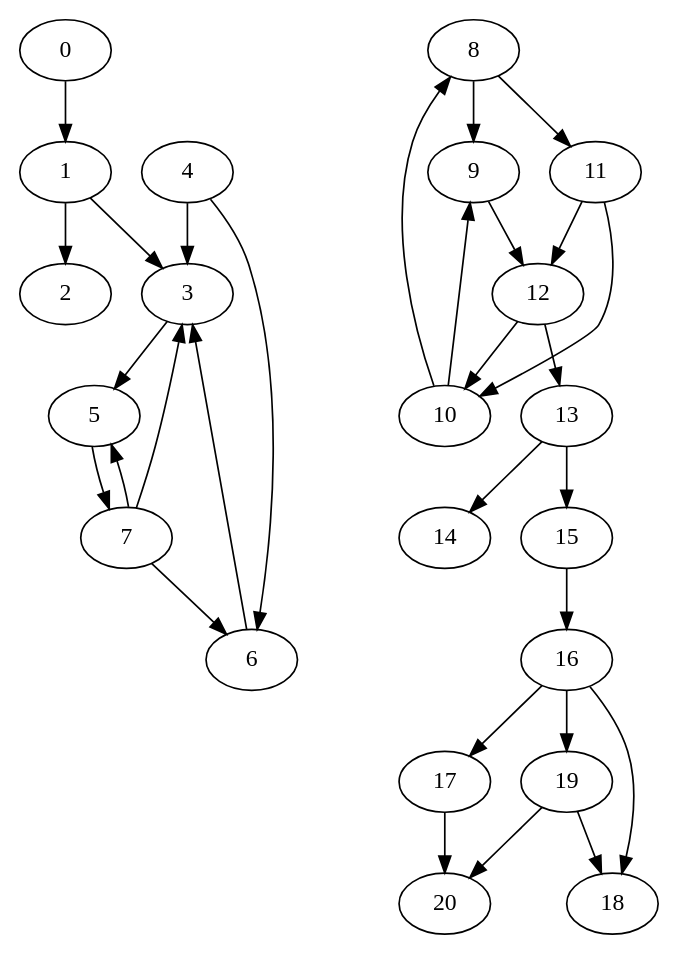
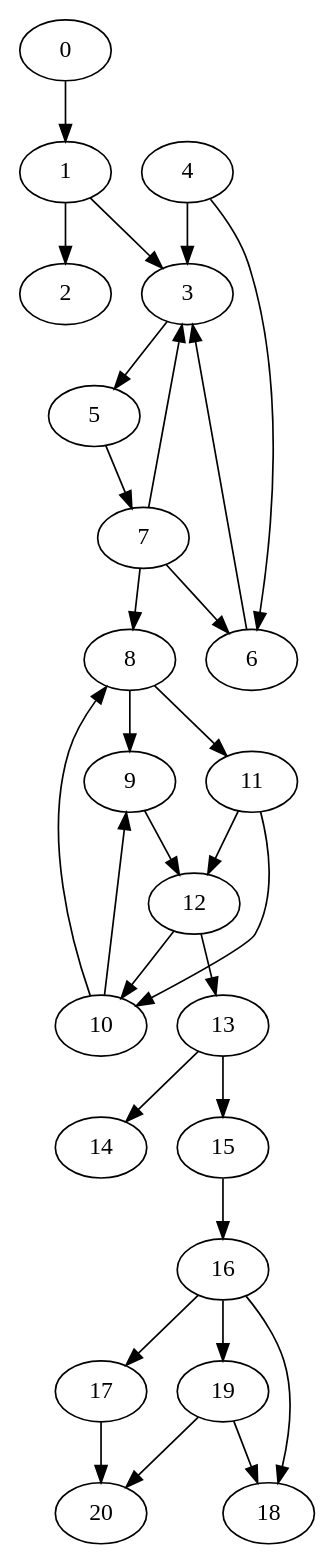
Before and after one commit to sleeepyskies/saarvive-selab23: the diagram in src/systemtest/resources/mapFiles/complexScenario1.dot, drawn with Graphviz.

```diff
--- a/src/systemtest/resources/mapFiles/complexScenario1.dot
+++ b/src/systemtest/resources/mapFiles/complexScenario1.dot
@@ -1,57 +1,57 @@
 digraph G {
 	0;
 	1;
 	2;
 	3;
 	4;
 	5;
 	6;
 	7;
 	8;
 	9;
 	10;
 	11;
 	12;
 	13;
 	14;
 	15;
 	16;
 	17;
 	18;
 	19;
 	20;
 
 	0 -> 1 [village=Berlin; name=Church_Lane; heightLimit=5; weight=10; primaryType=sideStreet; secondaryType=none;];
 	1 -> 2 [village=Berlin; name=Post_Road; heightLimit=5; weight=10; primaryType=sideStreet; secondaryType=none;];
 	1 -> 3 [village=Berlin; name=School_Lane; heightLimit=5; weight=10; primaryType=sideStreet; secondaryType=none;];
 	3 -> 5 [village=Berlin; name=Pine_Way; heightLimit=5; weight=10; primaryType=sideStreet; secondaryType=none;];
 	4 -> 3 [village=Berlin; name=Railway_Station_Road; heightLimit=4; weight=10; primaryType=mainStreet; secondaryType=none;];
 	4 -> 6 [village=Berlin; name=On_the_Slope; heightLimit=3; weight=5; primaryType=mainStreet; secondaryType=none;];
 	5 -> 7 [village=Berlin; name=Post_Office_Street; heightLimit=5; weight=15; primaryType=sideStreet; secondaryType=none;];
 	6 -> 3 [village=Berlin; name=Market_Street; heightLimit=4; weight=10; primaryType=mainStreet; secondaryType=none;];
 	7 -> 3 [village=Berlin; name=Cemetery_Lane; heightLimit=3; weight=15; primaryType=sideStreet; secondaryType=tunnel;];
 	7 -> 6 [village=Berlin; name=Linden_Avenue; heightLimit=5; weight=5; primaryType=sideStreet; secondaryType=oneWayStreet;];
 
 	8 -> 9 [village=Hamburg; name=Town_Hall_Square; heightLimit=5; weight=15; primaryType=sideStreet; secondaryType=none;];
 	8 -> 11 [village=Hamburg; name=Ash_Way; heightLimit=5; weight=5; primaryType=sideStreet; secondaryType=none;];
 	9 -> 12 [village=Hamburg; name=Market_Street; heightLimit=2; weight=15; primaryType=sideStreet; secondaryType=tunnel;];
 	10 -> 9 [village=Hamburg; name=Birch_Way; heightLimit=5; weight=5; primaryType=mainStreet; secondaryType=none;];
 	10 -> 8 [village=Hamburg; name=Rose_Street; heightLimit=4; weight=5; primaryType=sideStreet; secondaryType=oneWayStreet;];
 	11 -> 12 [village=Hamburg; name=Linden_Avenue; heightLimit=5; weight=15; primaryType=sideStreet; secondaryType=none;];
 	11 -> 10 [village=Hamburg; name=By_the_Stream; heightLimit=5; weight=5; primaryType=mainStreet; secondaryType=none;];
 	12 -> 10 [village=Hamburg; name=Village_Square; heightLimit=4; weight=10; primaryType=sideStreet; secondaryType=oneWayStreet;];
 
 	13 -> 14 [village=Saarbruecken; name=Valley_Road; heightLimit=4; weight=5; primaryType=mainStreet; secondaryType=none;];
 
 	15 -> 16 [village=Kiel; name=Schiller_Square; heightLimit=5; weight=10; primaryType=sideStreet; secondaryType=none;];
 	16 -> 17 [village=Kiel; name=Church_Lane; heightLimit=5; weight=5; primaryType=sideStreet; secondaryType=none;];
 	16 -> 19 [village=Kiel; name=Rose_Street; heightLimit=5; weight=15; primaryType=mainStreet; secondaryType=none;];
 	16 -> 18 [village=Kiel; name=By_the_Pond; heightLimit=5; weight=5; primaryType=mainStreet; secondaryType=none;];
 	17 -> 20 [village=Kiel; name=Harbor_Street; heightLimit=3; weight=10; primaryType=sideStreet; secondaryType=tunnel;];
 	19 -> 18 [village=Kiel; name=Sun_Street; heightLimit=5; weight=5; primaryType=sideStreet; secondaryType=none;];
 	19 -> 20 [village=Kiel; name=Mill_Lane; heightLimit=5; weight=5; primaryType=sideStreet; secondaryType=none;];
 
-	7 -> 5 [village=Germany; name=Garden_Way; heightLimit=5; weight=5; primaryType=countyRoad; secondaryType=none;];
+	7 -> 8 [village=Germany; name=Garden_Way; heightLimit=5; weight=5; primaryType=countyRoad; secondaryType=none;];
 	12 -> 13 [village=Germany; name=Pine_Way; heightLimit=5; weight=10; primaryType=countyRoad; secondaryType=none;];
 	13 -> 15 [village=Germany; name=Ash_Way; heightLimit=5; weight=15; primaryType=countyRoad; secondaryType=none;];
 }
```
